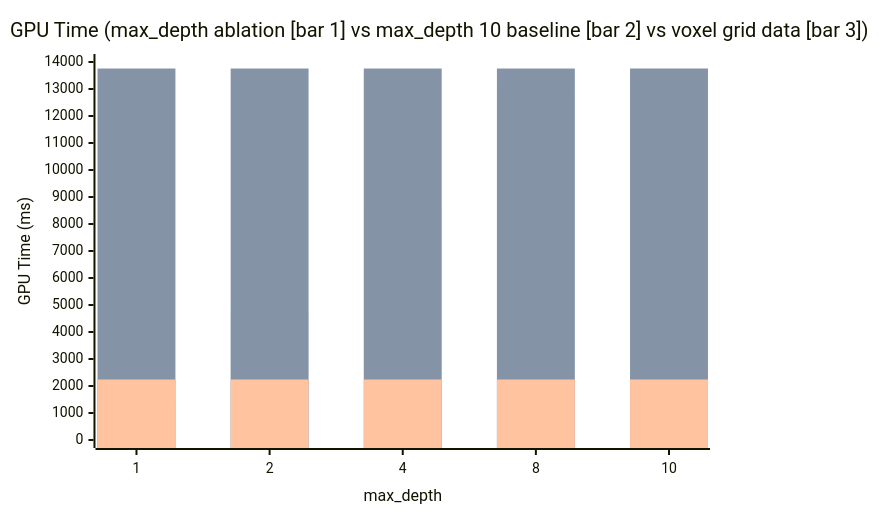
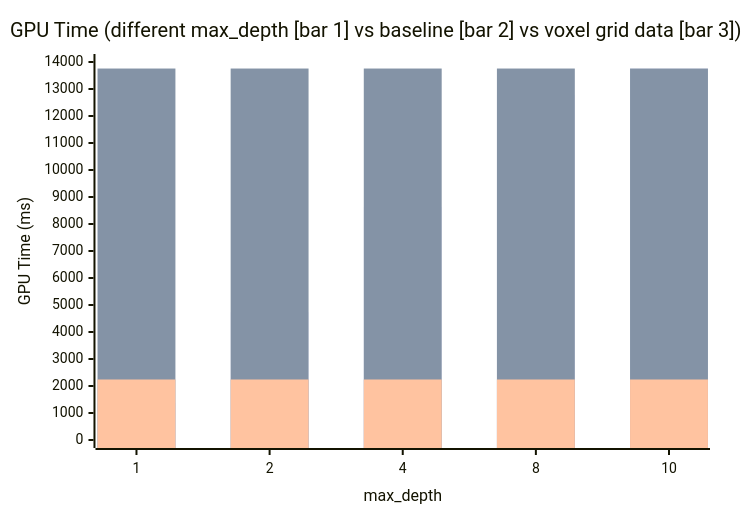
One commit to VENUSXK/pages changed the fifth of 13 diagrams in content/docs/GaborRT/exp_2_gabor_fields_rendering_performance_analysis_and_ablation_studies.mdx. Above: the diagram before and after it, drawn with Mermaid. The commit also changed other lines of this file and 2 other files, not shown here.

````diff
--- a/content/docs/GaborRT/exp_2_gabor_fields_rendering_performance_analysis_and_ablation_studies.mdx
+++ b/content/docs/GaborRT/exp_2_gabor_fields_rendering_performance_analysis_and_ablation_studies.mdx
@@ -634,9 +598,9 @@
 ```mermaid
 xychart-beta
-    title "GPU Time (max_depth ablation [bar 1] vs max_depth 10 baseline [bar 2] vs voxel grid data [bar 3])"
+    title "GPU Time (different max_depth [bar 1] vs baseline [bar 2] vs voxel grid data [bar 3])"
     x-axis "max_depth" [1, 2, 4, 8, 10]
     y-axis "GPU Time (ms)" 0 --> 14000
     bar [1370.48, 4734.41, 8627.91, 12781.81, 13758.01]
     bar [13758.01, 13758.01, 13758.01, 13758.01, 13758.01]
     bar [2240.92, 2240.92, 2240.92, 2240.92, 2240.92]
 ```
````
